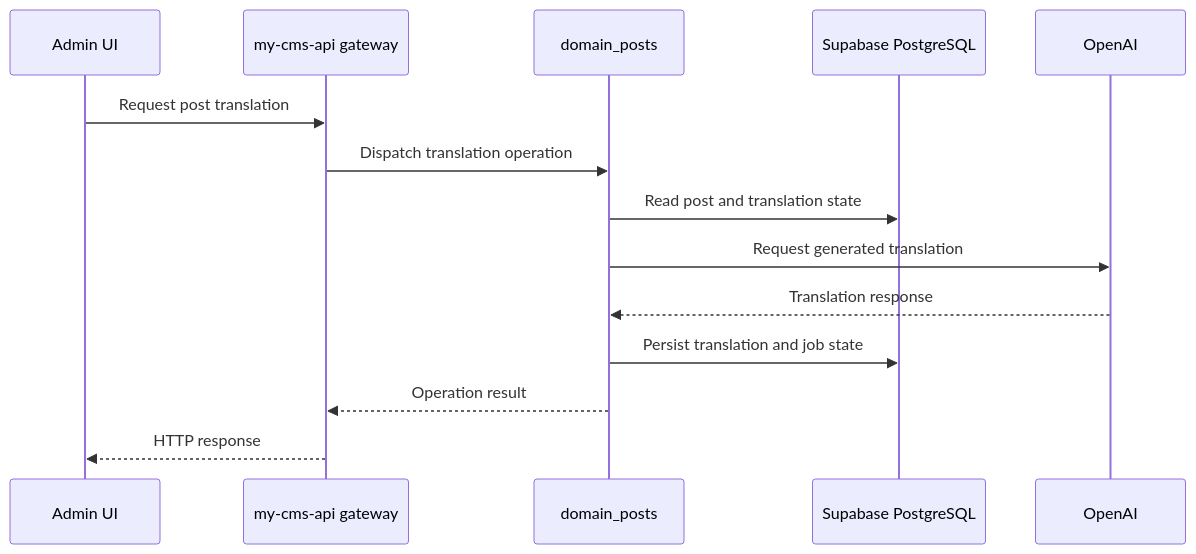
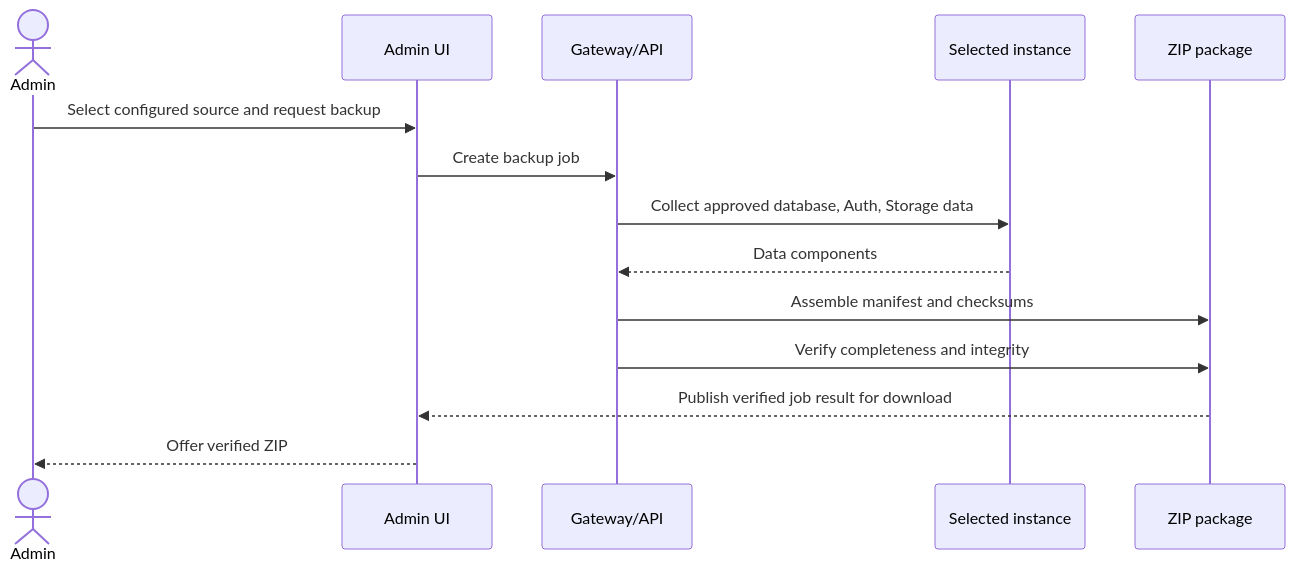
One commit to doitsu2014/my-cms changed the second of 3 diagrams in aidlc/spaces/default/codekb/my-cms/architecture.md. Above: the diagram before and after it, drawn with Mermaid. The commit also changed other lines of this file and 77 other files, not shown here.

````diff
--- a/aidlc/spaces/default/codekb/my-cms/architecture.md
+++ b/aidlc/spaces/default/codekb/my-cms/architecture.md
@@ -52,16 +43,16 @@
 ```mermaid
 sequenceDiagram
-  participant Editor as Admin UI
-  participant API as my-cms-api gateway
-  participant Posts as domain_posts
-  participant DB as Supabase PostgreSQL
-  participant AI as OpenAI
-  Editor->>API: Request post translation
-  API->>Posts: Dispatch translation operation
-  Posts->>DB: Read post and translation state
-  Posts->>AI: Request generated translation
-  AI-->>Posts: Translation response
-  Posts->>DB: Persist translation and job state
-  Posts-->>API: Operation result
-  API-->>Editor: HTTP response
+  actor Admin
+  participant UI as Admin UI
+  participant API as Gateway/API
+  participant Source as Selected instance
+  participant Package as ZIP package
+  Admin->>UI: Select configured source and request backup
+  UI->>API: Create backup job
+  API->>Source: Collect approved database, Auth, Storage data
+  Source-->>API: Data components
+  API->>Package: Assemble manifest and checksums
+  API->>Package: Verify completeness and integrity
+  Package-->>UI: Publish verified job result for download
+  UI-->>Admin: Offer verified ZIP
 ```
````
